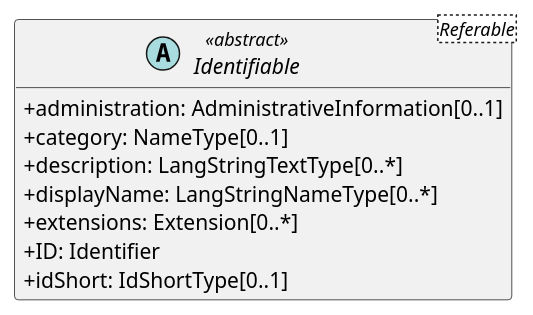
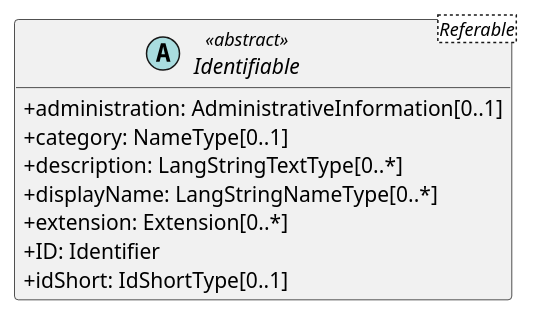
One commit to zrgt/py2puml changed the diagram in output/classes/Identifiable.puml. Above: the diagram before and after it, drawn with PlantUML. The commit also changed 52 other files, not shown here.

```diff
--- a/output/classes/Identifiable.puml
+++ b/output/classes/Identifiable.puml
@@ -1,14 +1,14 @@
 @startuml
 skinparam classAttributeIconSize 0
 hide methods
 
 abstract class Identifiable<Referable> <<abstract>> {
   +administration: AdministrativeInformation[0..1] 
   +category: NameType[0..1] 
   +description: LangStringTextType[0..*] 
   +displayName: LangStringNameType[0..*] 
-  +extensions: Extension[0..*] 
+  +extension: Extension[0..*] 
   +ID: Identifier 
   +idShort: IdShortType[0..1] 
 }
 @enduml
```
